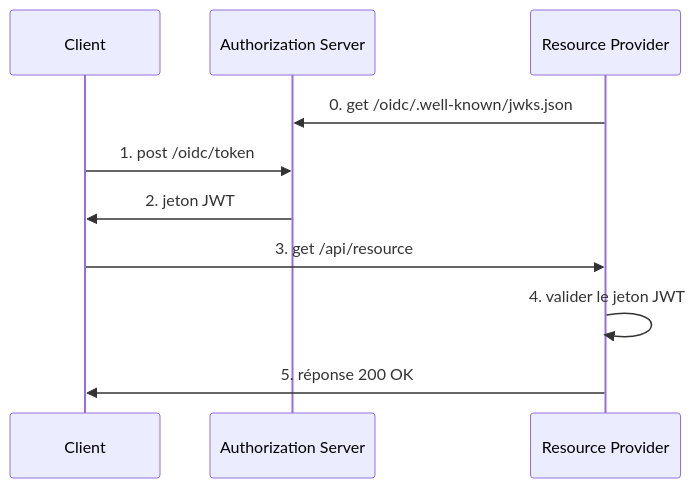
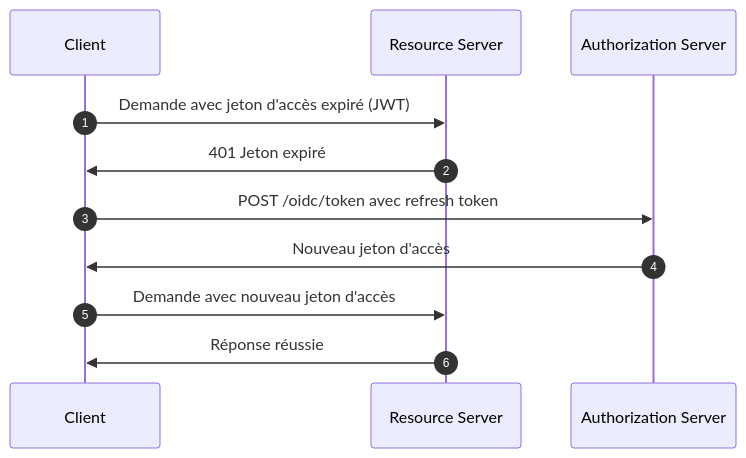
Before and after one commit to logto-io/auth-wiki: the fifth of 5 diagrams in src/content/terms/fr/opaque-token.mdx, drawn with Mermaid. The commit also changed other lines of this file and 95 other files, not shown here.

````diff
--- a/src/content/terms/fr/opaque-token.mdx
+++ b/src/content/terms/fr/opaque-token.mdx
@@ -73,16 +123,14 @@
 ```mermaid
+sequenceDiagram
+    participant Client as Client
+    participant RS as Resource Server
+    participant AS as Authorization Server
+    autonumber
 
-sequenceDiagram
-    participant C as Client
-    participant AS as Authorization Server
-    participant RP as Resource Provider
-
-    RP ->> AS: 0. get /oidc/.well-known/jwks.json
-
-    C ->> AS: 1. post /oidc/token
-    AS ->> C: 2. jeton JWT
-    C ->> RP: 3. get /api/resource
-    RP ->> RP: 4. valider le jeton JWT
-    RP ->> C: 5. réponse 200 OK
-
+    Client->>RS: Demande avec jeton d'accès expiré (JWT)
+    RS->>Client: 401 Jeton expiré
+    Client->>AS: POST /oidc/token avec refresh token
+    AS->>Client: Nouveau jeton d'accès
+    Client->>RS: Demande avec nouveau jeton d'accès
+    RS->>Client: Réponse réussie
 ```
````
